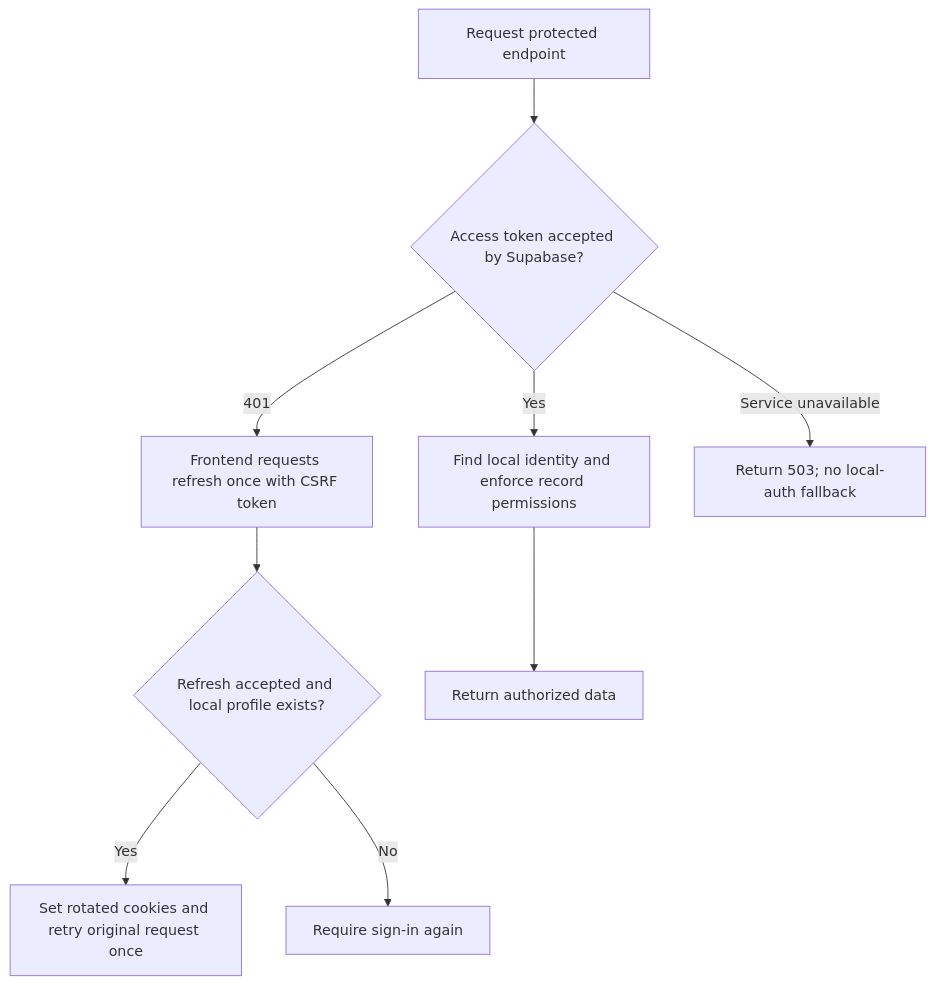
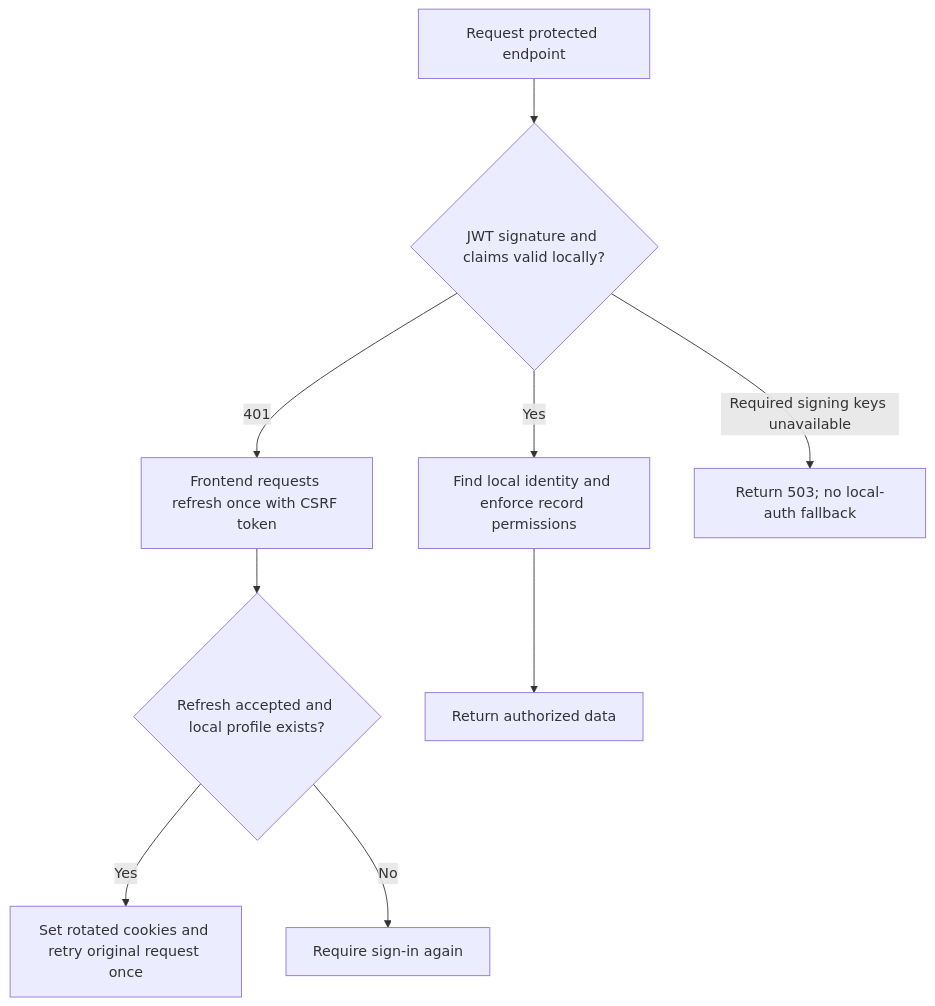
The third of 4 diagrams in docs/supabase-implementation.md (gopikrishnagajam/udhaar), drawn with Mermaid before and after one commit. The commit also changed other lines of this file and 6 other files, not shown here.

````diff
--- a/docs/supabase-implementation.md
+++ b/docs/supabase-implementation.md
@@ -157,11 +162,11 @@
 ```mermaid
 flowchart TD
-    A[Request protected endpoint] --> B{Access token accepted by Supabase?}
+    A[Request protected endpoint] --> B{JWT signature and claims valid locally?}
     B -->|Yes| C[Find local identity and enforce record permissions]
     B -->|401| D[Frontend requests refresh once with CSRF token]
     D --> E{Refresh accepted and local profile exists?}
     E -->|Yes| F[Set rotated cookies and retry original request once]
     E -->|No| G[Require sign-in again]
-    B -->|Service unavailable| H[Return 503; no local-auth fallback]
+    B -->|Required signing keys unavailable| H[Return 503; no local-auth fallback]
     C --> I[Return authorized data]
 ```
````
